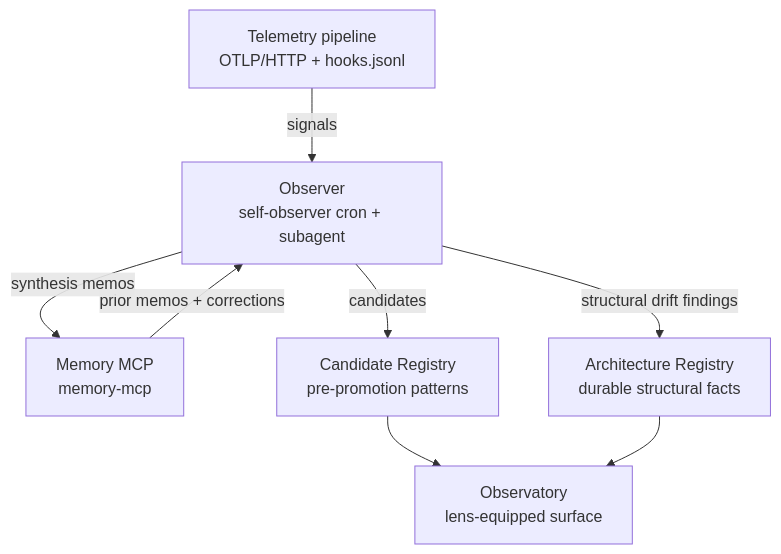
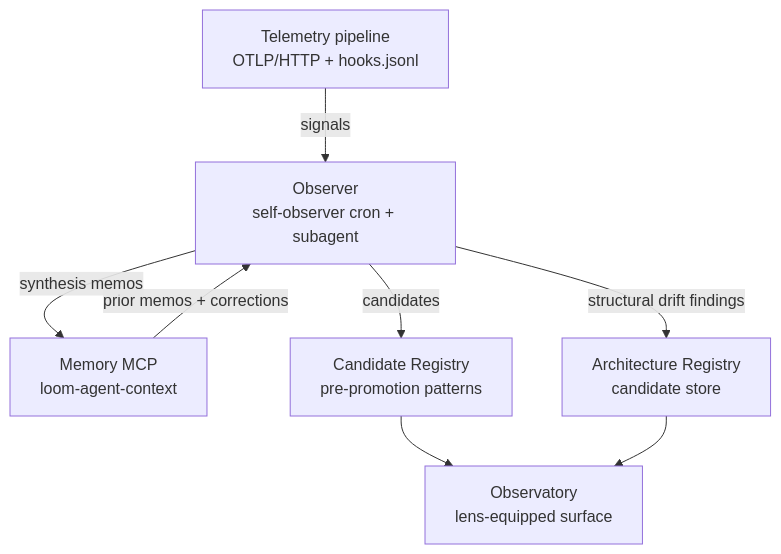
Before and after one commit to Lizo-RoadTown/tapestry: the diagram in apps/docs-site/src/content/docs/systems/observer.md, drawn with Mermaid. The commit also changed other lines of this file and 19 other files, not shown here.

````diff
--- a/apps/docs-site/src/content/docs/systems/observer.md
+++ b/apps/docs-site/src/content/docs/systems/observer.md
@@ -25,16 +25,16 @@
 ```mermaid
 flowchart TB
     T[Telemetry pipeline<br/>OTLP/HTTP + hooks.jsonl]
-    M[Memory MCP<br/>memory-mcp]
+    M[Memory MCP<br/>loom-agent-context]
     O[Observer<br/>self-observer cron + subagent]
-    A[Architecture Registry<br/>durable structural facts]
+    A[Architecture Registry<br/>candidate store]
     C[Candidate Registry<br/>pre-promotion patterns]
     OBSY[Observatory<br/>lens-equipped surface]
     T -->|signals| O
     M -->|prior memos + corrections| O
     O -->|candidates| C
     O -->|synthesis memos| M
     O -->|structural drift findings| A
     C --> OBSY
     A --> OBSY
 ```
````
